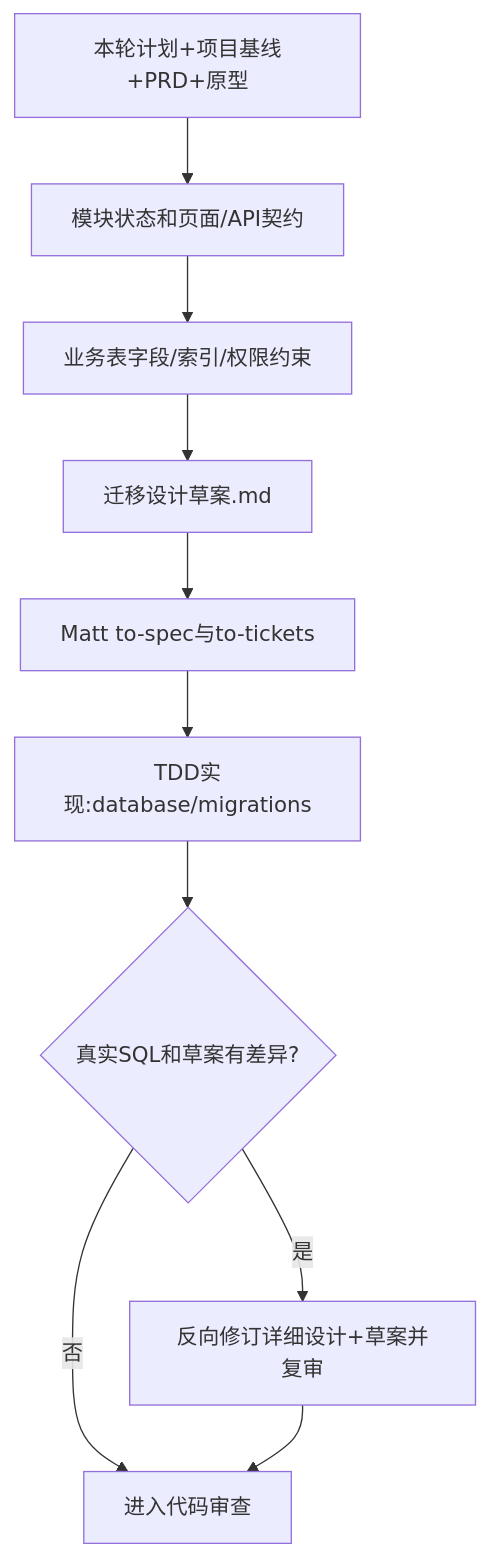
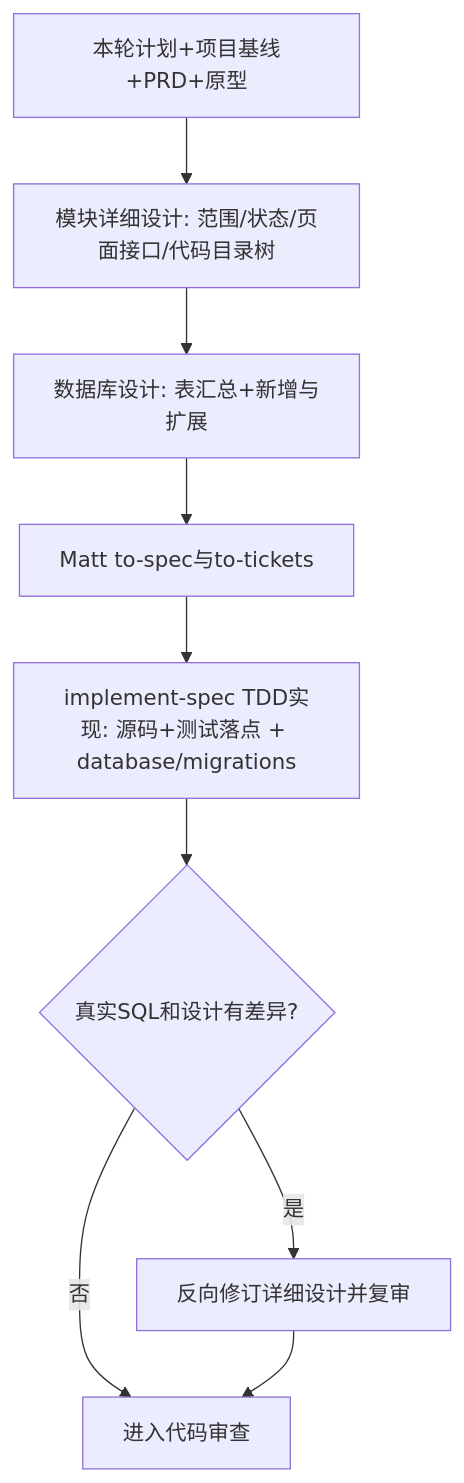
The diagram in skills/module-design/SKILL.md (wamper64/dev-workflow), drawn with Mermaid before and after one commit. The commit also changed other lines of this file and 28 other files, not shown here.

````diff
--- a/skills/module-design/SKILL.md
+++ b/skills/module-design/SKILL.md
@@ -45,12 +51,11 @@
 ```mermaid
 flowchart TD
-  A[本轮计划+项目基线+PRD+原型] --> B[模块状态和页面/API契约]
-  B --> C[业务表字段/索引/权限约束]
-  C --> D[迁移设计草案.md]
-  D --> E[Matt to-spec与to-tickets]
-  E --> F[TDD实现:database/migrations]
-  F --> G{真实SQL和草案有差异?}
-  G -- 是 --> H[反向修订详细设计+草案并复审]
+  A[本轮计划+项目基线+PRD+原型] --> B[模块详细设计: 范围/状态/页面接口/代码目录树]
+  B --> C[数据库设计: 表汇总+新增与扩展]
+  C --> E[Matt to-spec与to-tickets]
+  E --> F[implement-spec TDD实现: 源码+测试落点 + database/migrations]
+  F --> G{真实SQL和设计有差异?}
+  G -- 是 --> H[反向修订详细设计并复审]
   G -- 否 --> I[进入代码审查]
   H --> I
 ```
````
